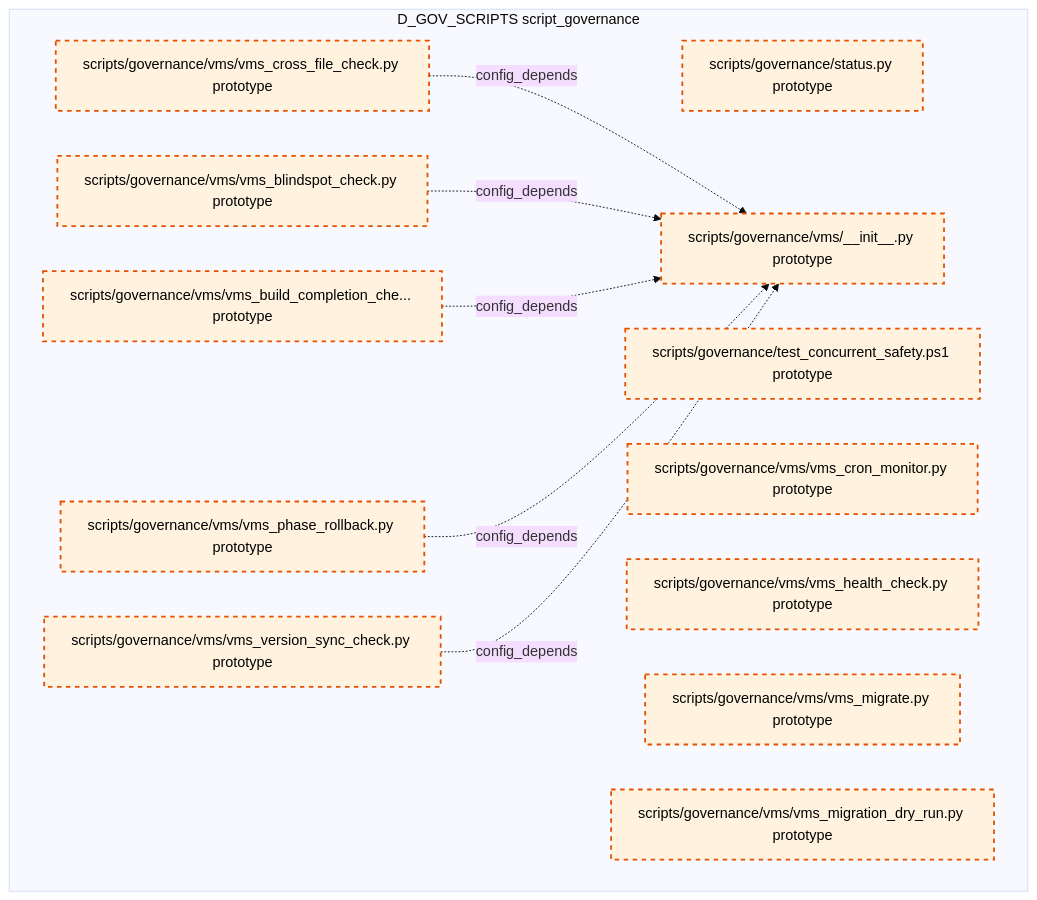
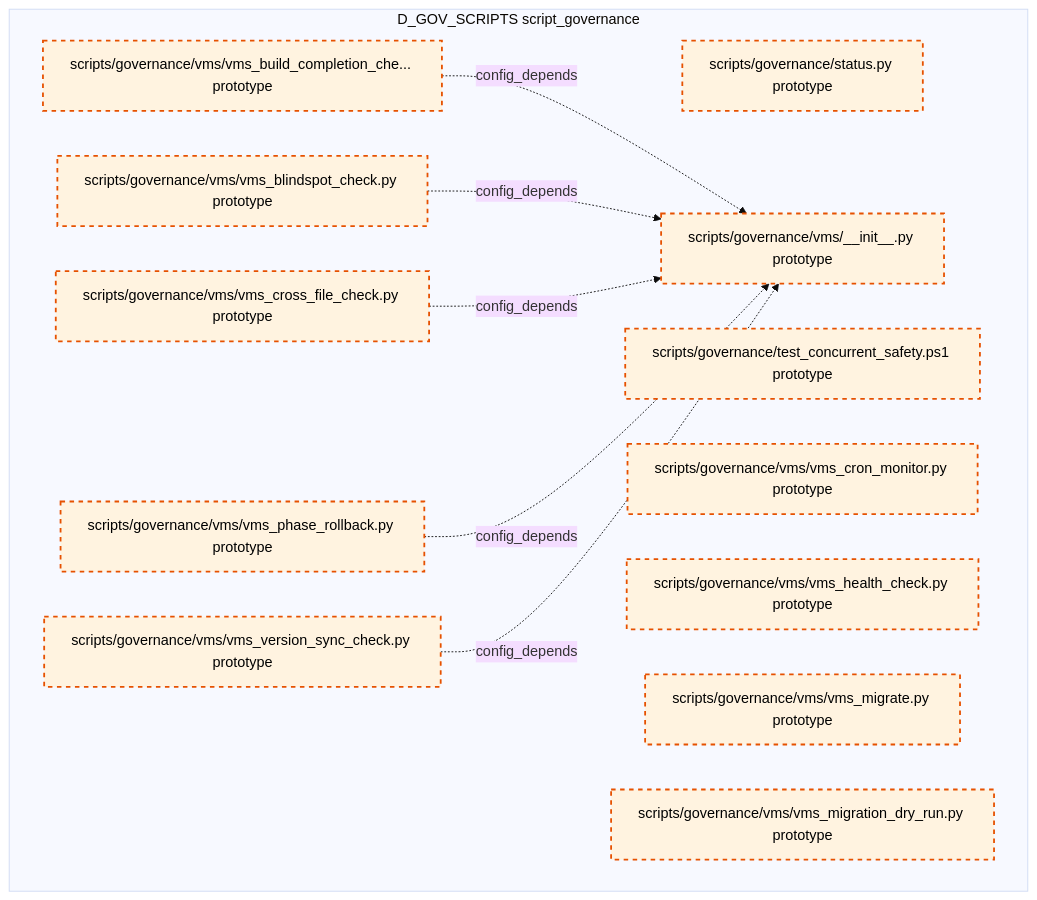
One commit to xuanFelixVan/ZephyrAlpha changed diagram 15 of 15 in docs/02_enterprise_architecture/02_domain_architecture_docs/36_d_gov_scripts.md. Above: the diagram before and after it, drawn with Mermaid (base theme). The commit also changed other lines of this file and 99 other files, not shown here.

````diff
--- a/docs/02_enterprise_architecture/02_domain_architecture_docs/36_d_gov_scripts.md
+++ b/docs/02_enterprise_architecture/02_domain_architecture_docs/36_d_gov_scripts.md
@@ -1013,27 +1012,27 @@
 ```mermaid
 graph TD
     subgraph D_GOV_SCRIPTS["D_GOV_SCRIPTS script_governance"]
         scripts_governance_status_py["scripts/governance/status.py prototype"]
         scripts_governance_test_concurrent_safety_ps1["scripts/governance/test_concurrent_safety.ps1 prototype"]
         scripts_governance_vms_init_py["scripts/governance/vms/__init__.py prototype"]
         scripts_governance_vms_vms_blindspot_check_py["scripts/governance/vms/vms_blindspot_check.py prototype"]
         scripts_governance_vms_vms_build_completion_check_py["scripts/governance/vms/vms_build_completion_che... prototype"]
         scripts_governance_vms_vms_cron_monitor_py["scripts/governance/vms/vms_cron_monitor.py prototype"]
         scripts_governance_vms_vms_cross_file_check_py["scripts/governance/vms/vms_cross_file_check.py prototype"]
         scripts_governance_vms_vms_health_check_py["scripts/governance/vms/vms_health_check.py prototype"]
         scripts_governance_vms_vms_migrate_py["scripts/governance/vms/vms_migrate.py prototype"]
         scripts_governance_vms_vms_migration_dry_run_py["scripts/governance/vms/vms_migration_dry_run.py prototype"]
         scripts_governance_vms_vms_phase_rollback_py["scripts/governance/vms/vms_phase_rollback.py prototype"]
         scripts_governance_vms_vms_version_sync_check_py["scripts/governance/vms/vms_version_sync_check.py prototype"]
     end
+    scripts_governance_vms_vms_build_completion_check_py -.->|config_depends| scripts_governance_vms_init_py
+    scripts_governance_vms_vms_blindspot_check_py -.->|config_depends| scripts_governance_vms_init_py
     scripts_governance_vms_vms_cross_file_check_py -.->|config_depends| scripts_governance_vms_init_py
-    scripts_governance_vms_vms_blindspot_check_py -.->|config_depends| scripts_governance_vms_init_py
-    scripts_governance_vms_vms_build_completion_check_py -.->|config_depends| scripts_governance_vms_init_py
     scripts_governance_vms_vms_phase_rollback_py -.->|config_depends| scripts_governance_vms_init_py
     scripts_governance_vms_vms_version_sync_check_py -.->|config_depends| scripts_governance_vms_init_py
     classDef production fill:#e1f5fe,stroke:#01579b,stroke-width:2px,color:#000
     classDef design fill:#fff3e0,stroke:#e65100,stroke-width:2px,color:#000,stroke-dasharray: 5 5
     classDef external_prod fill:#e8f5e9,stroke:#1b5e20,stroke-width:1px,color:#000
     classDef external_design fill:#fce4ec,stroke:#880e4f,stroke-width:1px,color:#000,stroke-dasharray: 5 5
     class scripts_governance_status_py,scripts_governance_test_concurrent_safety_ps1,scripts_governance_vms_init_py,scripts_governance_vms_vms_blindspot_check_py,scripts_governance_vms_vms_build_completion_check_py,scripts_governance_vms_vms_cron_monitor_py,scripts_governance_vms_vms_cross_file_check_py,scripts_governance_vms_vms_health_check_py,scripts_governance_vms_vms_migrate_py,scripts_governance_vms_vms_migration_dry_run_py,scripts_governance_vms_vms_phase_rollback_py,scripts_governance_vms_vms_version_sync_check_py design
 ```
````
